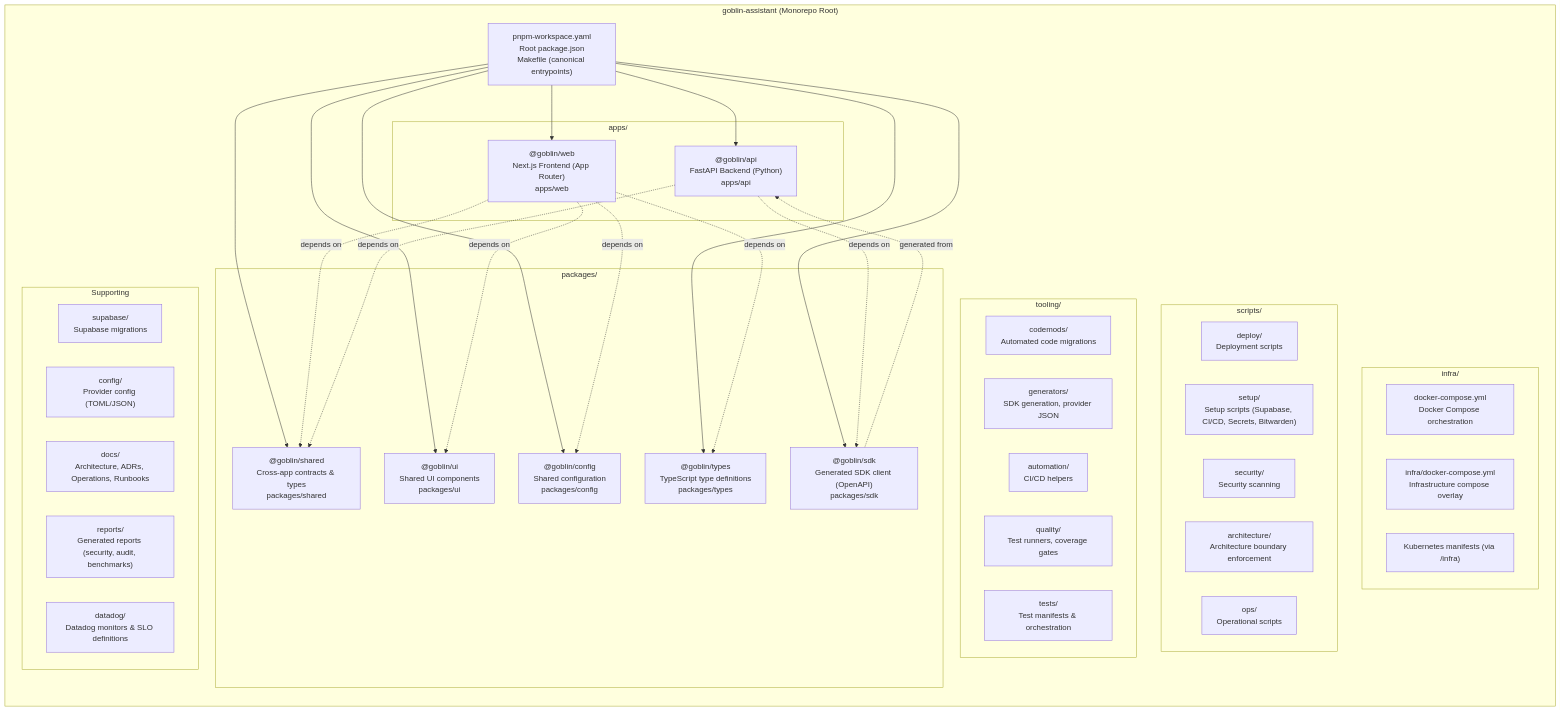
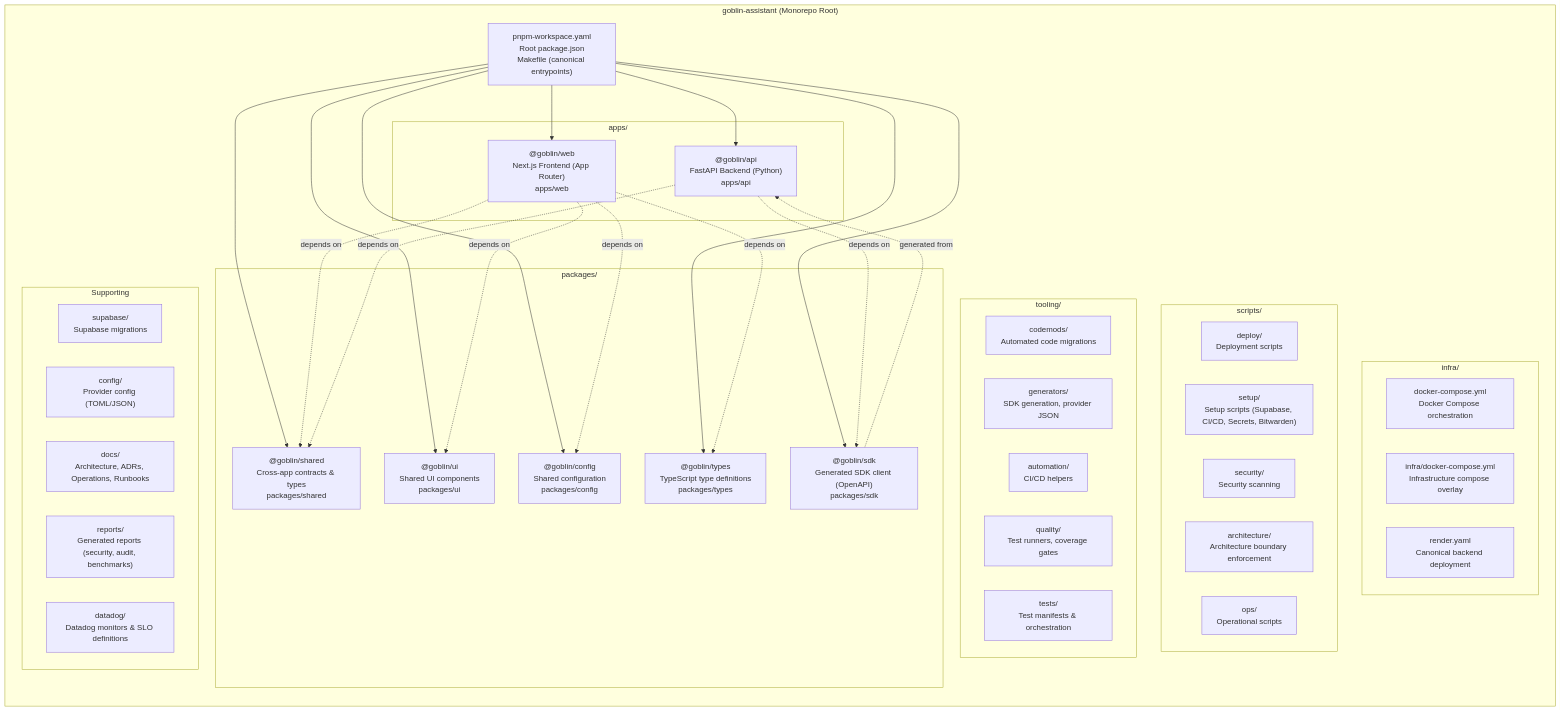
The first of 8 diagrams in docs/architecture/WORKSPACE_ARCHITECTURE_DIAGRAM.md (fuaadabdullah/goblin-assistant), drawn with Mermaid before and after one commit. The commit also changed other lines of this file and 50 other files, not shown here.

Commit message:
chore(infra): remove deprecated deployment assets

````diff
--- a/docs/architecture/WORKSPACE_ARCHITECTURE_DIAGRAM.md
+++ b/docs/architecture/WORKSPACE_ARCHITECTURE_DIAGRAM.md
@@ -5,66 +5,66 @@
 ```mermaid
 graph TB
     subgraph "goblin-assistant (Monorepo Root)"
         direction TB
         ROOT["pnpm-workspace.yaml<br/>Root package.json<br/>Makefile (canonical entrypoints)"]
 
         subgraph "apps/"
             WEB["@goblin/web<br/>Next.js Frontend (App Router)<br/>apps/web"]
             API["@goblin/api<br/>FastAPI Backend (Python)<br/>apps/api"]
         end
 
         subgraph "packages/"
             SHARED["@goblin/shared<br/>Cross-app contracts & types<br/>packages/shared"]
             UI["@goblin/ui<br/>Shared UI components<br/>packages/ui"]
             CONFIG["@goblin/config<br/>Shared configuration<br/>packages/config"]
             TYPES["@goblin/types<br/>TypeScript type definitions<br/>packages/types"]
             SDK["@goblin/sdk<br/>Generated SDK client (OpenAPI)<br/>packages/sdk"]
         end
 
         subgraph "infra/"
             DOCKER["docker-compose.yml<br/>Docker Compose orchestration"]
             INFRA_DOCKER["infra/docker-compose.yml<br/>Infrastructure compose overlay"]
-            K8S["Kubernetes manifests (via /infra)"]
+            RENDER["render.yaml<br/>Canonical backend deployment"]
         end
 
         subgraph "scripts/"
             DEPLOY["deploy/<br/>Deployment scripts"]
             SETUP["setup/<br/>Setup scripts (Supabase, CI/CD, Secrets, Bitwarden)"]
             SECURITY["security/<br/>Security scanning"]
             ARCH_CHECKS["architecture/<br/>Architecture boundary enforcement"]
             OPS["ops/<br/>Operational scripts"]
         end
 
         subgraph "tooling/"
             CODEMODS["codemods/<br/>Automated code migrations"]
             GENERATORS["generators/<br/>SDK generation, provider JSON"]
             AUTOMATION["automation/<br/>CI/CD helpers"]
             QUALITY["quality/<br/>Test runners, coverage gates"]
             TESTS["tests/<br/>Test manifests & orchestration"]
         end
 
         subgraph "Supporting"
             SUPABASE["supabase/<br/>Supabase migrations"]
             CONFIG_DIR["config/<br/>Provider config (TOML/JSON)"]
             DOCS["docs/<br/>Architecture, ADRs, Operations, Runbooks"]
             REPORTS["reports/<br/>Generated reports (security, audit, benchmarks)"]
             DATADOG["datadog/<br/>Datadog monitors & SLO definitions"]
         end
     end
 
     ROOT --> WEB
     ROOT --> API
     ROOT --> SHARED
     ROOT --> UI
     ROOT --> CONFIG
     ROOT --> TYPES
     ROOT --> SDK
 
     WEB -.->|"depends on"| SHARED
     WEB -.->|"depends on"| UI
     WEB -.->|"depends on"| CONFIG
     WEB -.->|"depends on"| TYPES
     API -.->|"depends on"| SHARED
     API -.->|"depends on"| SDK
     SDK -.->|"generated from"| API
 ```
````
